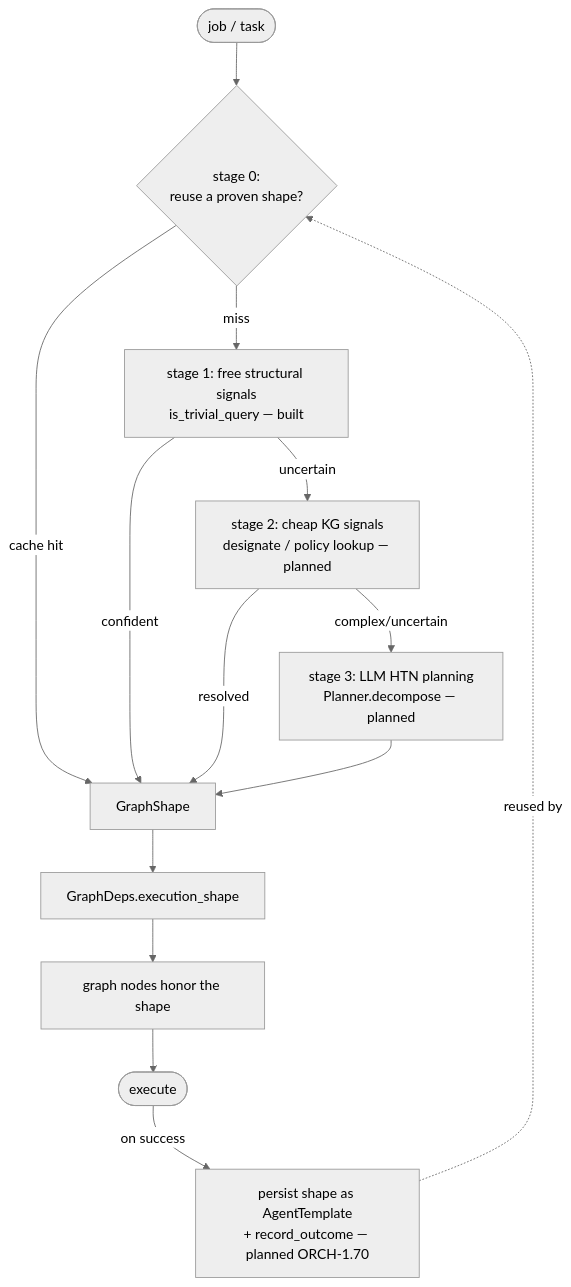
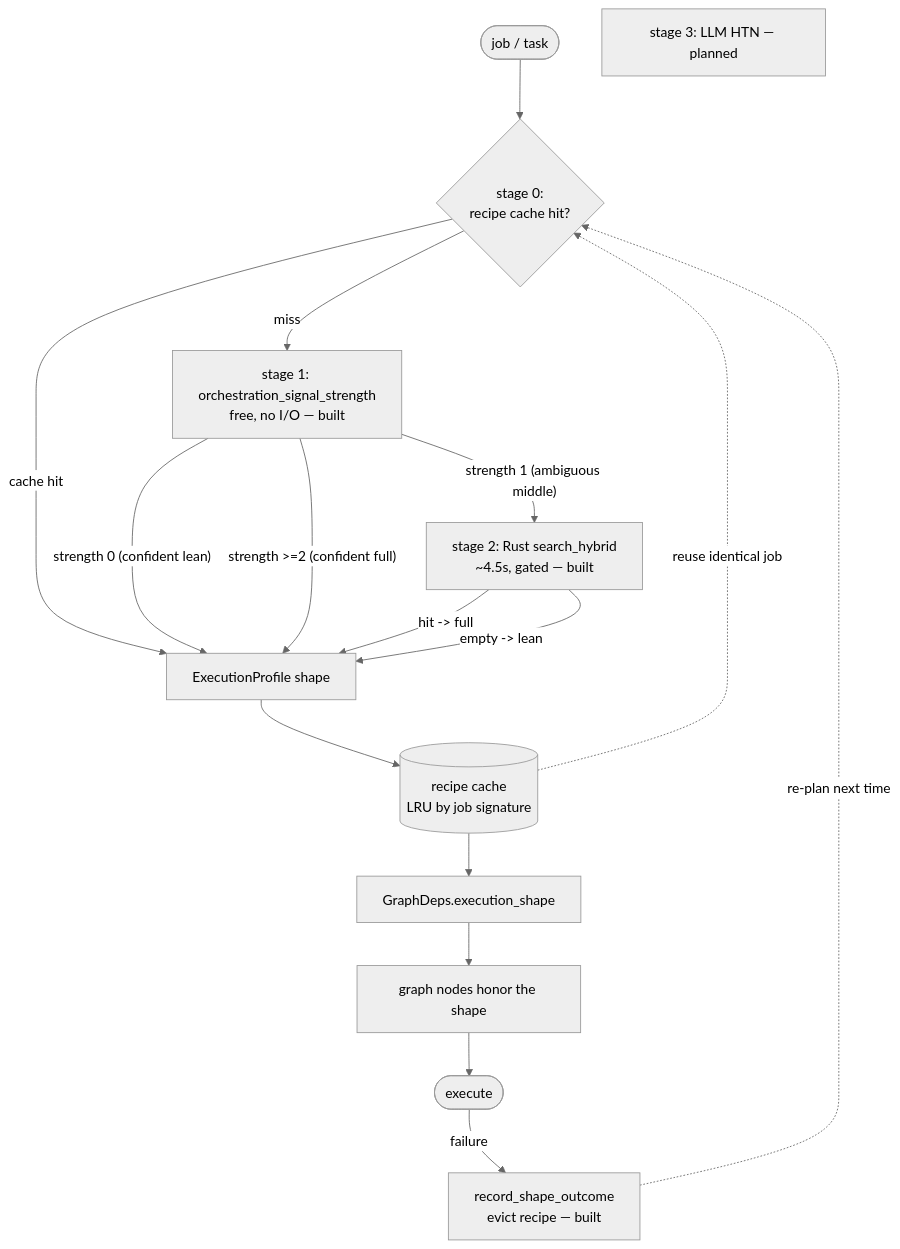
The diagram in docs/architecture/dynamic-graph-construction.md (Knuckles-Team/agent-utilities), drawn with Mermaid (neutral theme) before and after one commit. The commit also changed other lines of this file and 2 other files, not shown here.

First line of the commit message:
docs: dynamic graph construction — cascade/cache/learning built, Rust-routing optimization analysis (ORCH-1.69/1.70)

````diff
--- a/docs/architecture/dynamic-graph-construction.md
+++ b/docs/architecture/dynamic-graph-construction.md
@@ -40,16 +40,19 @@
 ```mermaid
 flowchart TD
-    job([job / task]) --> s0{stage 0:\nreuse a proven shape?}
-    s0 -- cache hit --> shape[GraphShape]
-    s0 -- miss --> s1[stage 1: free structural signals\nis_trivial_query — built]
-    s1 -- confident --> shape
-    s1 -- uncertain --> s2[stage 2: cheap KG signals\ndesignate / policy lookup — planned]
-    s2 -- resolved --> shape
-    s2 -- complex/uncertain --> s3[stage 3: LLM HTN planning\nPlanner.decompose — planned]
-    s3 --> shape
-    shape --> deps[GraphDeps.execution_shape]
+    job([job / task]) --> s0{stage 0:\nrecipe cache hit?}
+    s0 -- cache hit --> shape[ExecutionProfile shape]
+    s0 -- miss --> s1[stage 1: orchestration_signal_strength\nfree, no I/O — built]
+    s1 -- "strength 0 (confident lean)" --> shape
+    s1 -- "strength >=2 (confident full)" --> shape
+    s1 -- "strength 1 (ambiguous middle)" --> s2[stage 2: Rust search_hybrid\n~4.5s, gated — built]
+    s2 -- "hit -> full" --> shape
+    s2 -- "empty -> lean" --> shape
+    s3[stage 3: LLM HTN — planned]
+    shape --> cache[(recipe cache\nLRU by job signature)]
+    cache --> deps[GraphDeps.execution_shape]
     deps --> nodes[graph nodes honor the shape]
     nodes --> exec([execute])
-    exec -- on success --> learn[persist shape as AgentTemplate\n+ record_outcome — planned ORCH-1.70]
-    learn -. reused by .-> s0
+    exec -- "failure" --> evict[record_shape_outcome\nevict recipe — built]
+    evict -. re-plan next time .-> s0
+    cache -. reuse identical job .-> s0
 ```
````
